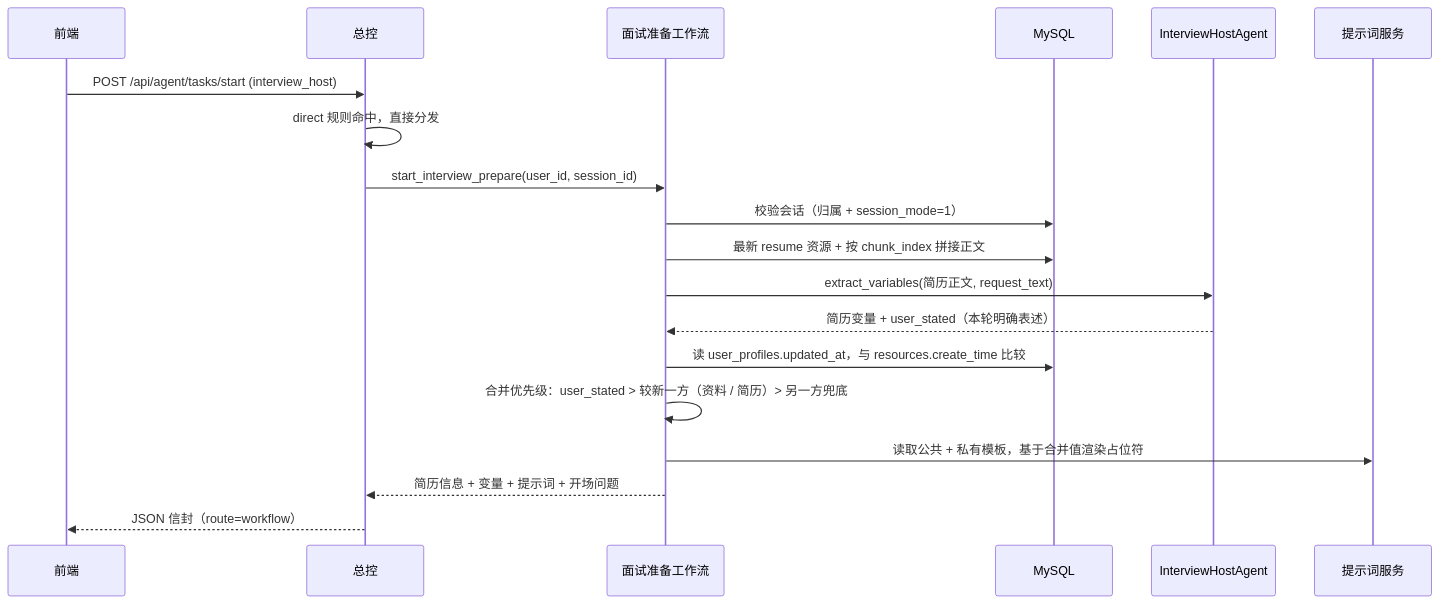
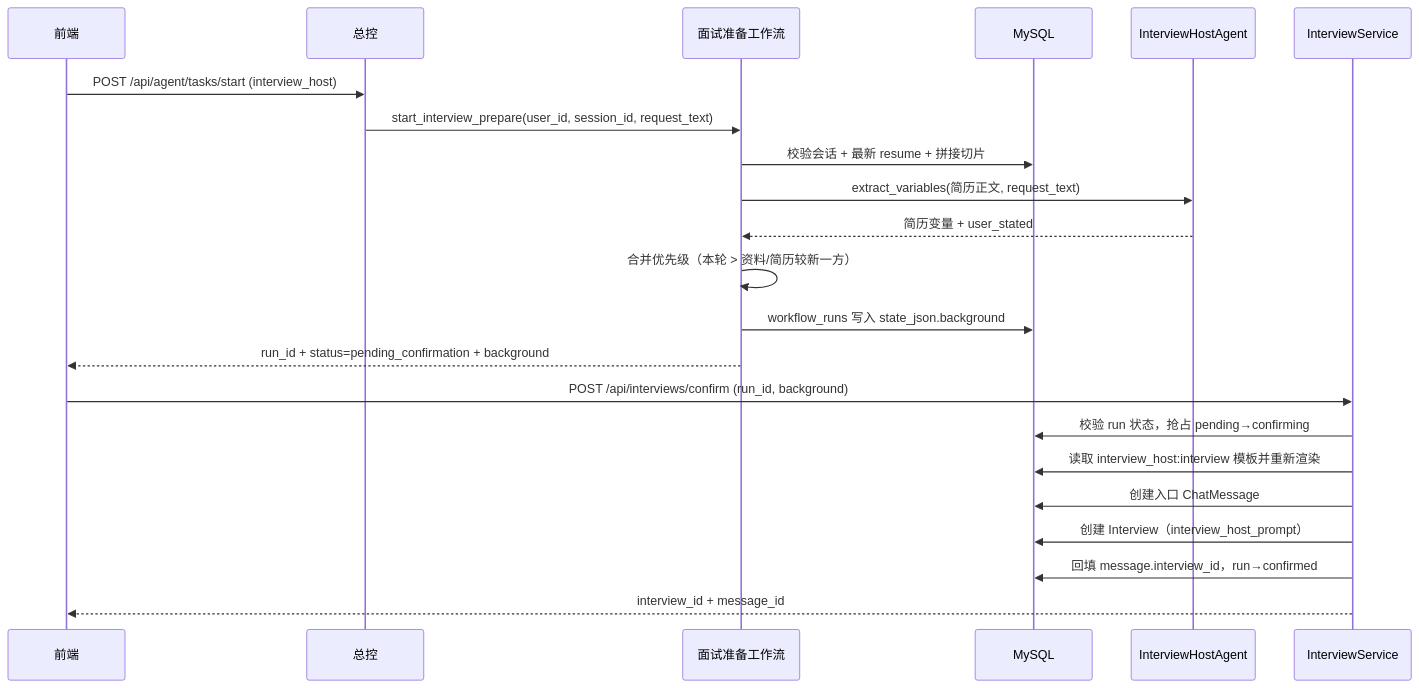
Before and after one commit to jiayinjiang-pistachio/study-pass-ai: the diagram in agent-backend/docs/interview-host-verification-guide.md, drawn with Mermaid. The commit also changed other lines of this file and 12 other files, not shown here.

````diff
--- a/agent-backend/docs/interview-host-verification-guide.md
+++ b/agent-backend/docs/interview-host-verification-guide.md
@@ -287,21 +294,24 @@
 ```mermaid
 sequenceDiagram
     participant F as 前端
     participant O as 总控
     participant W as 面试准备工作流
     participant DB as MySQL
     participant A as InterviewHostAgent
-    participant P as 提示词服务
+    participant S as InterviewService
     F->>O: POST /api/agent/tasks/start (interview_host)
-    O->>O: direct 规则命中，直接分发
-    O->>W: start_interview_prepare(user_id, session_id)
-    W->>DB: 校验会话（归属 + session_mode=1）
-    W->>DB: 最新 resume 资源 + 按 chunk_index 拼接正文
+    O->>W: start_interview_prepare(user_id, session_id, request_text)
+    W->>DB: 校验会话 + 最新 resume + 拼接切片
     W->>A: extract_variables(简历正文, request_text)
-    A-->>W: 简历变量 + user_stated（本轮明确表述）
-    W->>DB: 读 user_profiles.updated_at，与 resources.create_time 比较
-    W->>W: 合并优先级：user_stated > 较新一方（资料 / 简历）> 另一方兜底
-    W->>P: 读取公共 + 私有模板，基于合并值渲染占位符
-    W-->>O: 简历信息 + 变量 + 提示词 + 开场问题
-    O-->>F: JSON 信封（route=workflow）
+    A-->>W: 简历变量 + user_stated
+    W->>W: 合并优先级（本轮 > 资料/简历较新一方）
+    W->>DB: workflow_runs 写入 state_json.background
+    W-->>F: run_id + status=pending_confirmation + background
+    F->>S: POST /api/interviews/confirm (run_id, background)
+    S->>DB: 校验 run 状态，抢占 pending→confirming
+    S->>DB: 读取 interview_host:interview 模板并重新渲染
+    S->>DB: 创建入口 ChatMessage
+    S->>DB: 创建 Interview（interview_host_prompt）
+    S->>DB: 回填 message.interview_id，run→confirmed
+    S-->>F: interview_id + message_id
 ```
````
